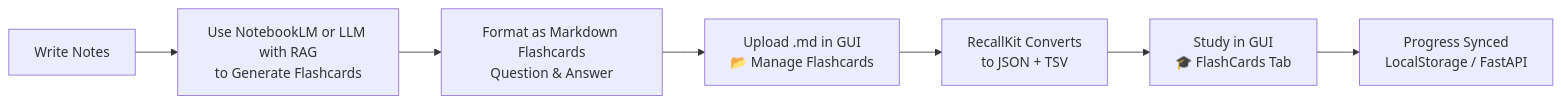
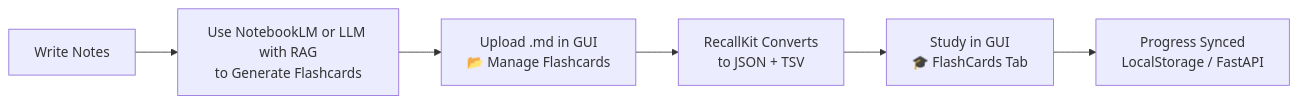
One commit to Anishrkhadka/RecallKit changed the diagram in README.md. Above: the diagram before and after it, drawn with Mermaid.

Commit message:
CHORE - typo fix

````diff
--- a/README.md
+++ b/README.md
@@ -33,10 +33,9 @@
 ```mermaid
 flowchart LR
     A[Write Notes] --> B[Use NotebookLM or LLM with RAG<br>to Generate Flashcards]
-    B --> C[Format as Markdown Flashcards<br>Question & Answer]
-    C --> D[Upload .md in GUI<br>📂 Manage Flashcards]
-    D --> E[RecallKit Converts<br>to JSON + TSV]
-    E --> F[Study in GUI<br>🎓 FlashCards Tab]
-    F --> G[Progress Synced<br>LocalStorage / FastAPI]
+    B --> C[Upload .md in GUI<br>📂 Manage Flashcards]
+    C --> D[RecallKit Converts<br>to JSON + TSV]
+    D --> E[Study in GUI<br>🎓 FlashCards Tab]
+    E --> F[Progress Synced<br>LocalStorage / FastAPI]
 
 ```
````
